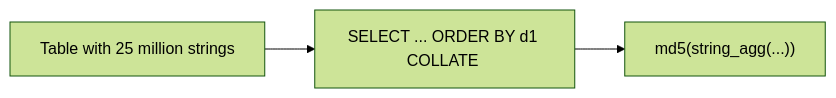
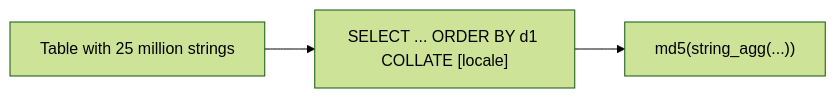
One commit to ardentperf/glibc-unicode-sorting changed the diagram in README.md. Above: the diagram before and after it, drawn with Mermaid (forest theme).

Commit message:
Fix Mermaid locale placeholder

````diff
--- a/README.md
+++ b/README.md
@@ -4,5 +4,5 @@
 ```mermaid
 flowchart LR
-    A["Table with 25 million strings"] --> B["SELECT ... ORDER BY d1 COLLATE <locale>"]
+    A["Table with 25 million strings"] --> B["SELECT ... ORDER BY d1 COLLATE [locale]"]
     B --> C["md5(string_agg(...))"]
 ```
````
